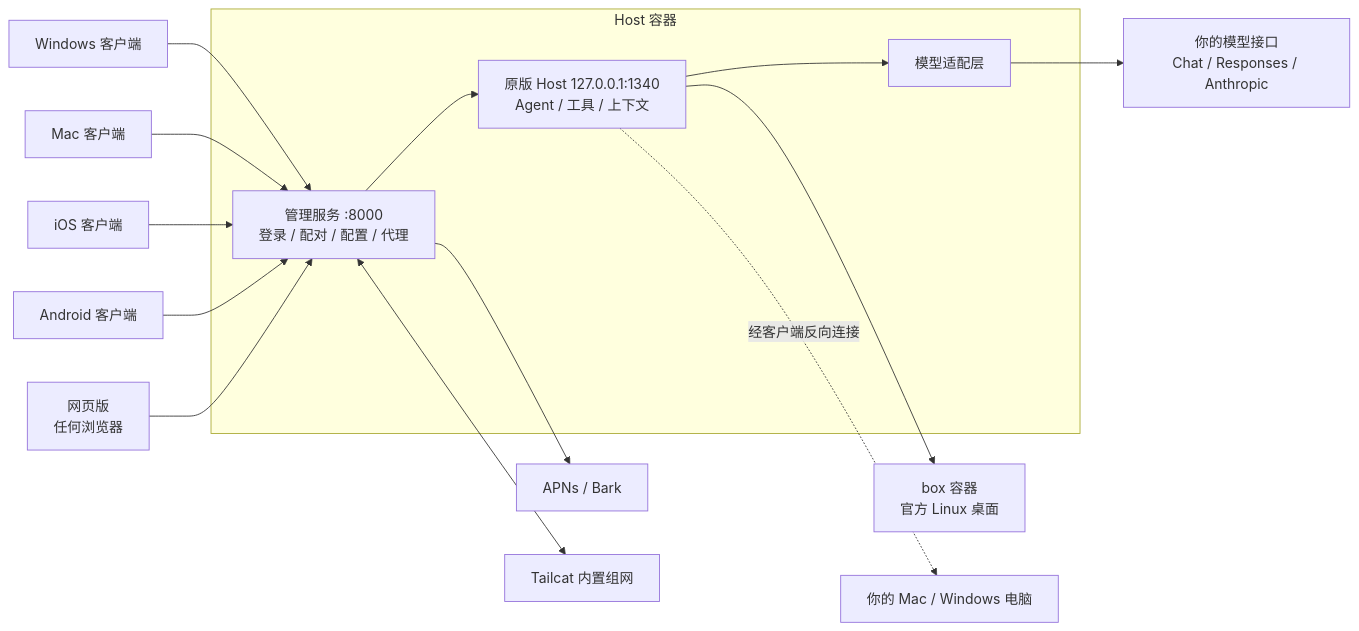
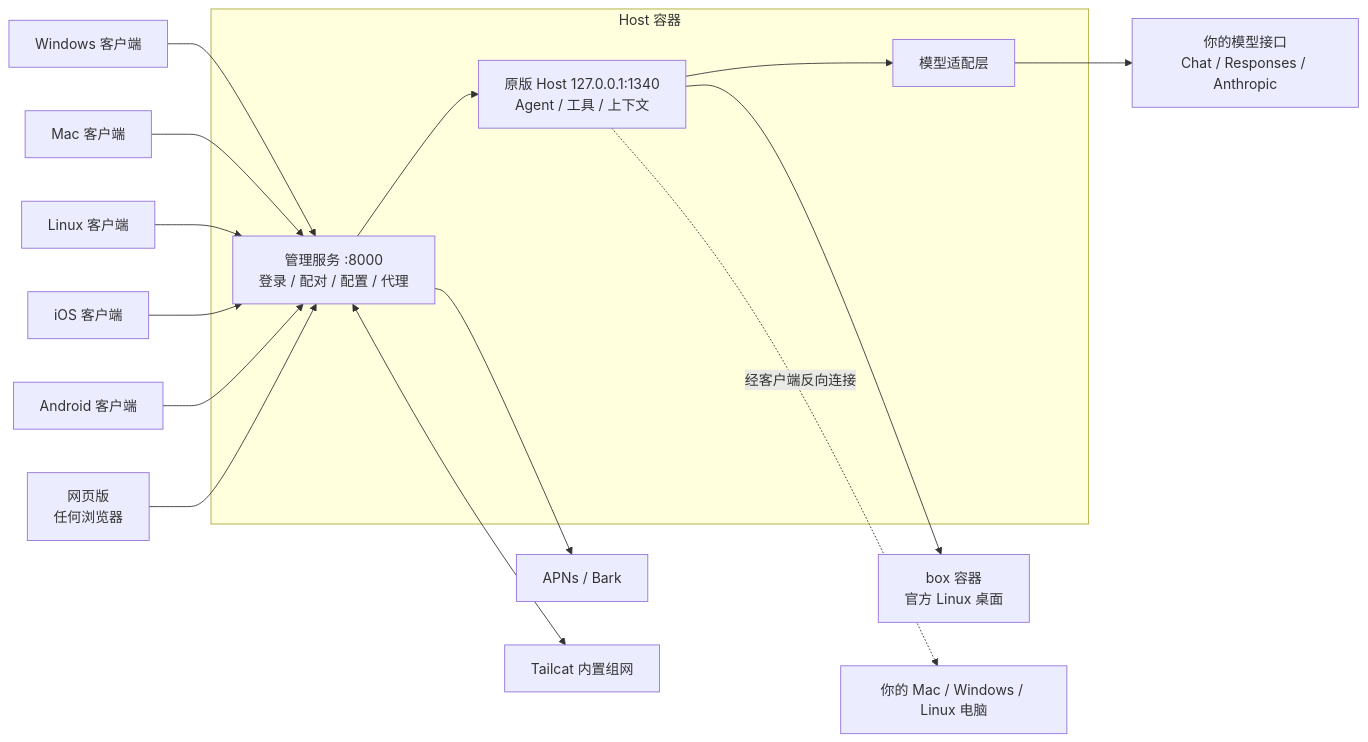
Before and after one commit to RyanLu99/prokbot-plus: the diagram in docs/ARCHITECTURE.md, drawn with Mermaid. The commit also changed other lines of this file and 82 other files, not shown here.

````diff
--- a/docs/ARCHITECTURE.md
+++ b/docs/ARCHITECTURE.md
@@ -15,17 +15,18 @@
 ```mermaid
 flowchart LR
   Win[Windows 客户端] --> Admin
   Mac[Mac 客户端] --> Admin
+  Lin[Linux 客户端] --> Admin
   iOS[iOS 客户端] --> Admin
   And[Android 客户端] --> Admin
   Web[网页版<br/>任何浏览器] --> Admin
   subgraph Host 容器
     Admin[管理服务 :8000<br/>登录 / 配对 / 配置 / 代理] --> Core[原版 Host 127.0.0.1:1340<br/>Agent / 工具 / 上下文]
     Core --> Adapter[模型适配层]
   end
   Adapter --> Model[你的模型接口<br/>Chat / Responses / Anthropic]
   Core --> Box[box 容器<br/>官方 Linux 桌面]
-  Core -.经客户端反向连接.-> PC[你的 Mac / Windows 电脑]
+  Core -.经客户端反向连接.-> PC[你的 Mac / Windows / Linux 电脑]
   Admin --> Push[APNs / Bark]
   Admin <--> Tailcat[Tailcat 内置组网]
 ```
````
